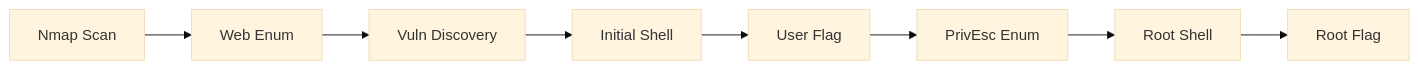
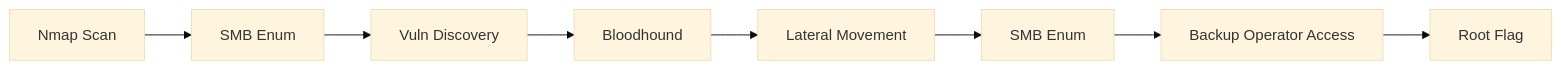
One commit to YuvalMil/Rootinator changed the diagram in _writeups/Blackfield.md. Above: the diagram before and after it, drawn with Mermaid (base theme). The commit also changed other lines of this file and 2 other files, not shown here.

Commit message:
vault backup: 2026-01-23 20:01:21

````diff
--- a/_writeups/Blackfield.md
+++ b/_writeups/Blackfield.md
@@ -339,10 +337,10 @@
 ```mermaid
 graph LR
-    A[Nmap Scan] --> B[Web Enum]
+    A[Nmap Scan] --> B[SMB Enum]
     B --> C[Vuln Discovery]
-    C --> D[Initial Shell]
-    D --> E[User Flag]
-    E --> F[PrivEsc Enum]
-    F --> G[Root Shell]
+    C --> D[Bloodhound]
+    D --> E[Lateral Movement]
+    E --> F[SMB Enum]
+    F --> G[Backup Operator Access]
     G --> H[Root Flag]
 ```
````
